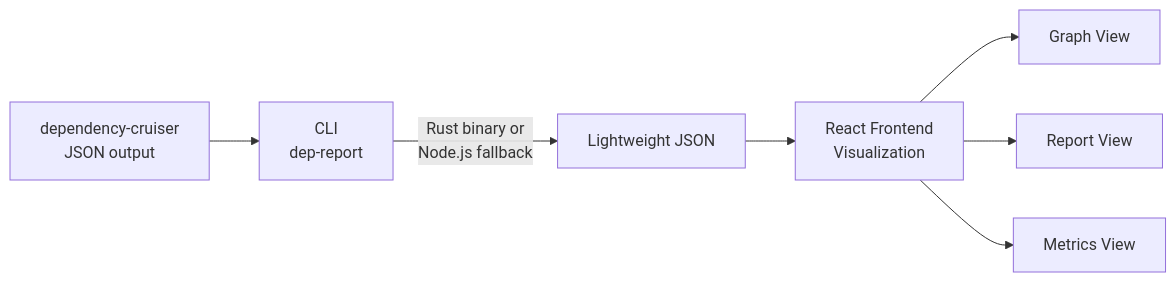
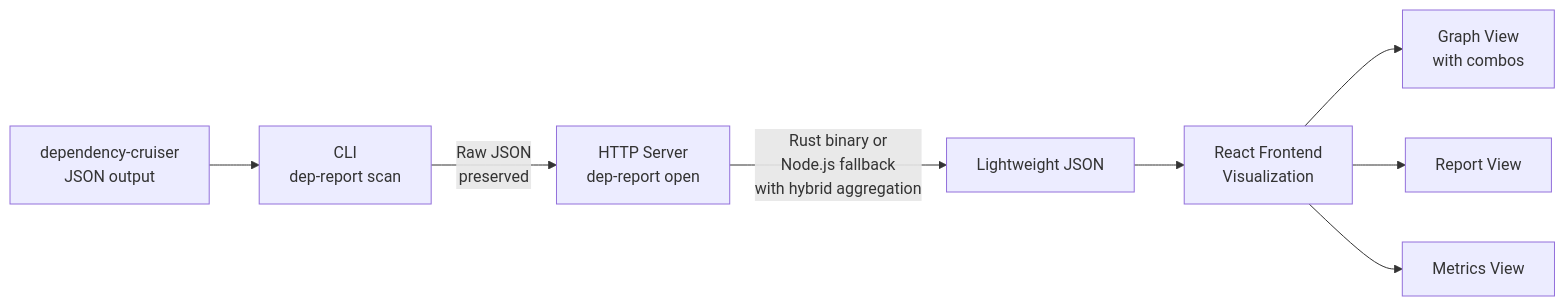
Before and after one commit to fisher-89/dependency-cruiser-reporter: the first of 3 diagrams in docs/overview/project-overview.md, drawn with Mermaid. The commit also changed other lines of this file and 12 other files, not shown here.

First line of the commit message:
docs: sync documentation with hybrid aggregation changes

````diff
--- a/docs/overview/project-overview.md
+++ b/docs/overview/project-overview.md
@@ -19,9 +19,10 @@
 ```mermaid
 flowchart LR
-    DC[dependency-cruiser\nJSON output] --> CLI[CLI\ndep-report]
-    CLI -->|Rust binary or\nNode.js fallback| JSON[Lightweight JSON]
+    DC[dependency-cruiser\nJSON output] --> CLI[CLI\ndep-report scan]
+    CLI -->|Raw JSON\npreserved| Server[HTTP Server\ndep-report open]
+    Server -->|Rust binary or\nNode.js fallback\nwith hybrid aggregation| JSON[Lightweight JSON]
     JSON --> FE[React Frontend\nVisualization]
-    FE --> Graph[Graph View]
+    FE --> Graph[Graph View\nwith combos]
     FE --> Report[Report View]
     FE --> Metrics[Metrics View]
 ```
````
